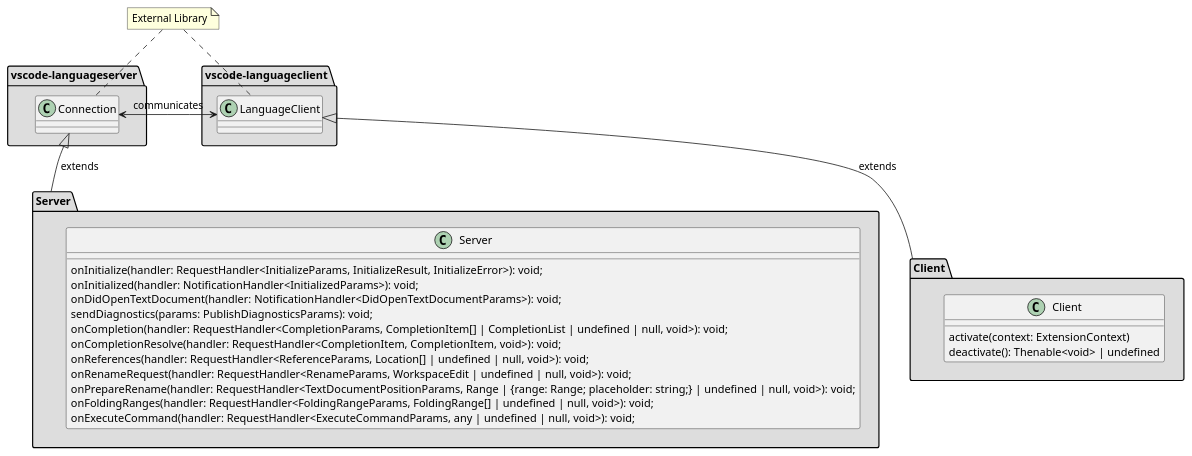
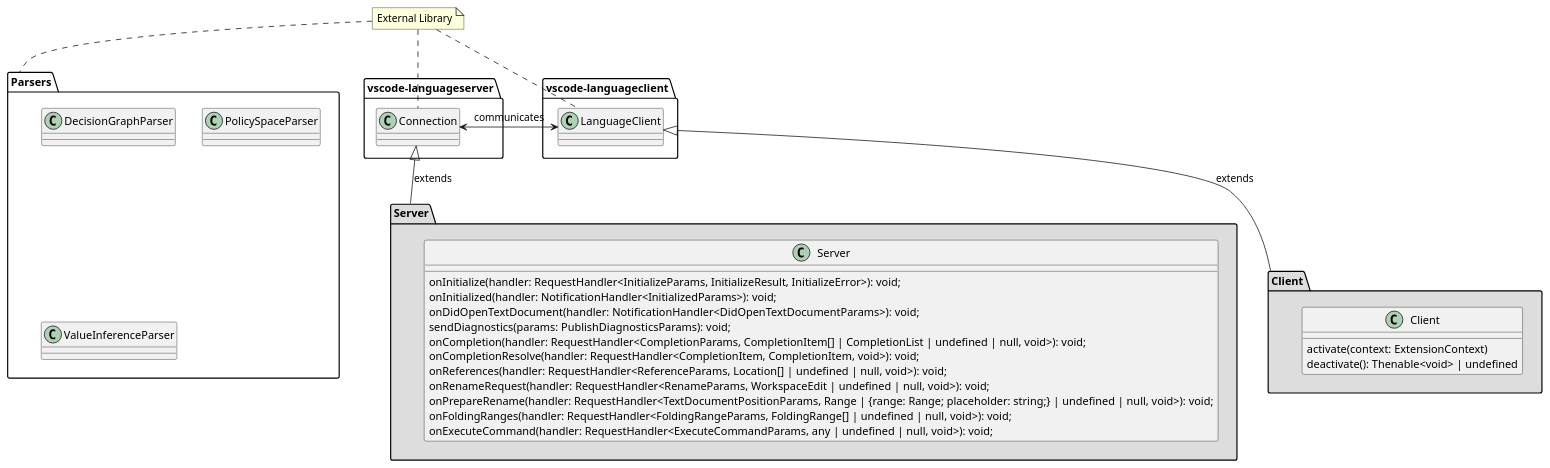
The diagram in plugin/diagrams/PluginClassDiagram.puml (wolfj123/PolicyModelsPlugin), drawn with PlantUML before and after one commit. The commit also changed 1 other file, not shown here.

```diff
--- a/plugin/diagrams/PluginClassDiagram.puml
+++ b/plugin/diagrams/PluginClassDiagram.puml
@@ -1,48 +1,56 @@
 @startuml
 
-package vscode-languageclient #DDDDDD {
+package vscode-languageclient  {
 	class LanguageClient
 }
 
-package vscode-languageserver #DDDDDD {
+package vscode-languageserver  {
 	class Connection {
 
 	}
 }
 
 package Server #DDDDDD {
 
 	class Server {
 		onInitialize(handler: RequestHandler<InitializeParams, InitializeResult, InitializeError>): void;
 		onInitialized(handler: NotificationHandler<InitializedParams>): void;
 		onDidOpenTextDocument(handler: NotificationHandler<DidOpenTextDocumentParams>): void;		
 		sendDiagnostics(params: PublishDiagnosticsParams): void;
 		onCompletion(handler: RequestHandler<CompletionParams, CompletionItem[] | CompletionList | undefined | null, void>): void;
 		onCompletionResolve(handler: RequestHandler<CompletionItem, CompletionItem, void>): void;
 		onReferences(handler: RequestHandler<ReferenceParams, Location[] | undefined | null, void>): void;
 		onRenameRequest(handler: RequestHandler<RenameParams, WorkspaceEdit | undefined | null, void>): void;
 		onPrepareRename(handler: RequestHandler<TextDocumentPositionParams, Range | {range: Range; placeholder: string;} | undefined | null, void>): void;
 		onFoldingRanges(handler: RequestHandler<FoldingRangeParams, FoldingRange[] | undefined | null, void>): void;
 		onExecuteCommand(handler: RequestHandler<ExecuteCommandParams, any | undefined | null, void>): void;
 	}
 }
 
 
 note "External Library" as n_ext
 n_ext .. Connection
 n_ext .. LanguageClient
+n_ext .. Parsers
 
 package Client #DDDDDD {
     class Client {
         activate(context: ExtensionContext)
         deactivate(): Thenable<void> | undefined
     }
 }
 
+package Parsers {
+    class DecisionGraphParser
+    class PolicySpaceParser
+    class ValueInferenceParser
+}
+
+
 LanguageClient <-left-> Connection : communicates
 Client -up-|> LanguageClient : extends
 Server -up-|> Connection : extends
 
 
 
 @enduml
```
